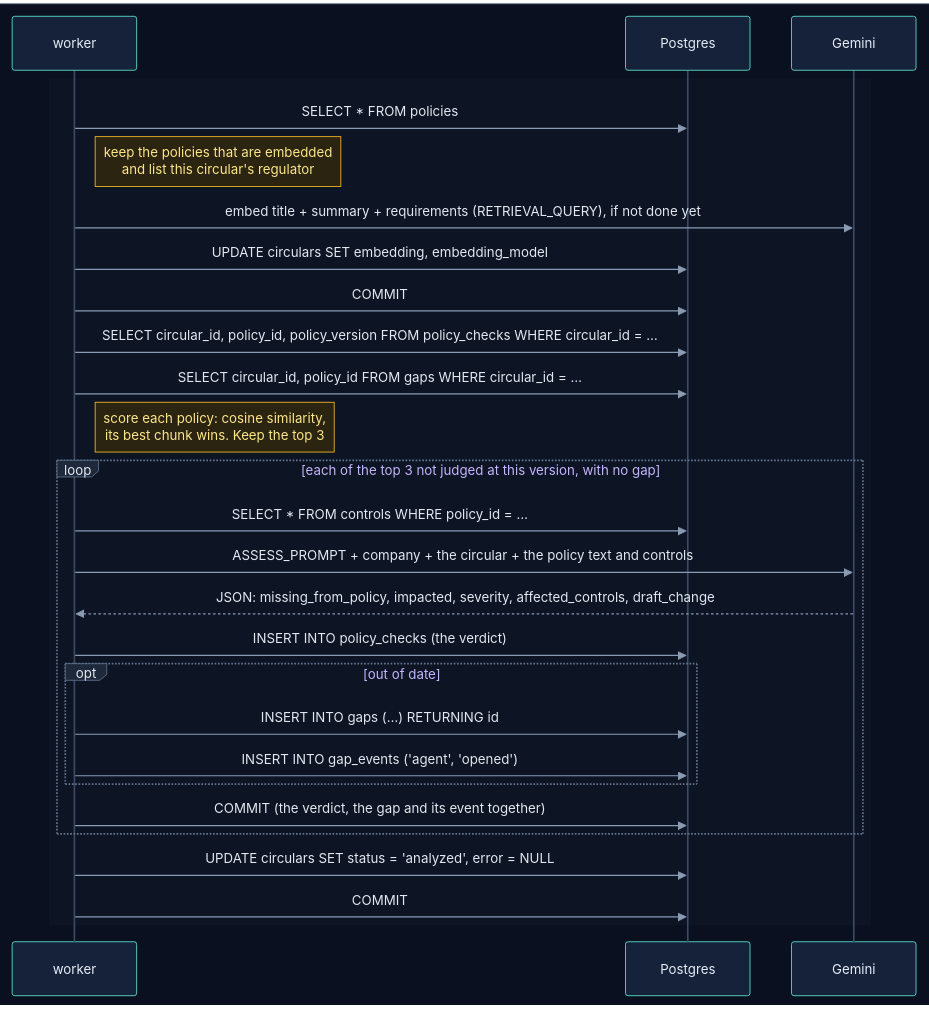
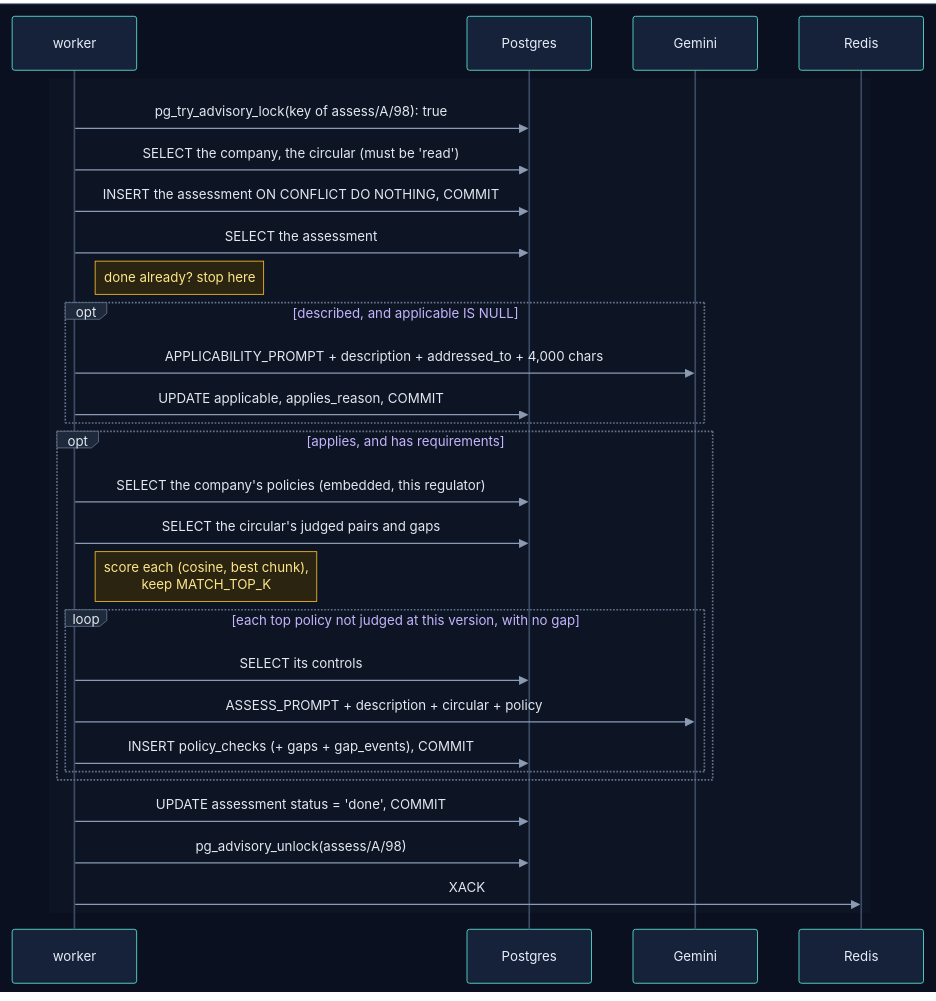
Diagram 12 of 19 in backend/worker/INTERNALS.md (selvakumarperumal/Regulatory_Circular_Impact_Agent), drawn with Mermaid before and after one commit. The commit also changed other lines of this file and 8 other files, not shown here.

````diff
--- a/backend/worker/INTERNALS.md
+++ b/backend/worker/INTERNALS.md
@@ -686,33 +634,35 @@
 ```mermaid
 %%{init: {"theme": "base", "sequence": {"diagramMarginX": 0, "diagramMarginY": 0}, "themeVariables": {"darkMode": true, "primaryColor": "#16213a", "primaryTextColor": "#e6edf7", "primaryBorderColor": "#475a7a", "lineColor": "#8b9bb4", "secondaryColor": "#1b2436", "tertiaryColor": "#101a2e", "edgeLabelBackground": "#0f172a", "textColor": "#e2e8f0", "actorBkg": "#16213a", "actorBorder": "#5eead4", "actorTextColor": "#e6edf7", "actorLineColor": "#3b4a66", "signalColor": "#8b9bb4", "signalTextColor": "#e2e8f0", "noteBkgColor": "#2a2410", "noteBorderColor": "#fbbf24", "noteTextColor": "#fde68a", "labelBoxBkgColor": "#1e293b", "labelBoxBorderColor": "#64748b", "labelTextColor": "#e2e8f0", "loopTextColor": "#c4b5fd", "sequenceNumberColor": "#0b1020", "activationBkgColor": "#1e293b"}}}%%
 sequenceDiagram
     box rgb(11, 16, 32)
         participant K as worker
         participant PG as Postgres
         participant G as Gemini
+        participant R as Redis
     end
 
     rect rgb(13, 20, 36)
-        K->>PG: SELECT * FROM policies
-        Note right of K: keep the policies that are embedded<br/>and list this circular's regulator
-        K->>G: embed title + summary + requirements (RETRIEVAL_QUERY), if not done yet
-        K->>PG: UPDATE circulars SET embedding, embedding_model
-        K->>PG: COMMIT
-        K->>PG: SELECT circular_id, policy_id, policy_version FROM policy_checks WHERE circular_id = …
-        K->>PG: SELECT circular_id, policy_id FROM gaps WHERE circular_id = …
-        Note right of K: score each policy: cosine similarity,<br/>its best chunk wins. Keep the top 3
-        loop each of the top 3 not judged at this version, with no gap
-            K->>PG: SELECT * FROM controls WHERE policy_id = …
-            K->>G: ASSESS_PROMPT + company + the circular + the policy text and controls
-            G-->>K: JSON: missing_from_policy, impacted, severity, affected_controls, draft_change
-            K->>PG: INSERT INTO policy_checks (the verdict)
-            opt out of date
-                K->>PG: INSERT INTO gaps (…) RETURNING id
-                K->>PG: INSERT INTO gap_events ('agent', 'opened')
+        K->>PG: pg_try_advisory_lock(key of assess/A/98): true
+        K->>PG: SELECT the company, the circular (must be 'read')
+        K->>PG: INSERT the assessment ON CONFLICT DO NOTHING, COMMIT
+        K->>PG: SELECT the assessment
+        Note right of K: done already? stop here
+        opt described, and applicable IS NULL
+            K->>G: APPLICABILITY_PROMPT + description + addressed_to + 4,000 chars
+            K->>PG: UPDATE applicable, applies_reason, COMMIT
+        end
+        opt applies, and has requirements
+            K->>PG: SELECT the company's policies (embedded, this regulator)
+            K->>PG: SELECT the circular's judged pairs and gaps
+            Note right of K: score each (cosine, best chunk),<br/>keep MATCH_TOP_K
+            loop each top policy not judged at this version, with no gap
+                K->>PG: SELECT its controls
+                K->>G: ASSESS_PROMPT + description + circular + policy
+                K->>PG: INSERT policy_checks (+ gaps + gap_events), COMMIT
             end
-            K->>PG: COMMIT (the verdict, the gap and its event together)
         end
-        K->>PG: UPDATE circulars SET status = 'analyzed', error = NULL
-        K->>PG: COMMIT
+        K->>PG: UPDATE assessment status = 'done', COMMIT
+        K->>PG: pg_advisory_unlock(assess/A/98)
+        K->>R: XACK
     end
 ```
````
